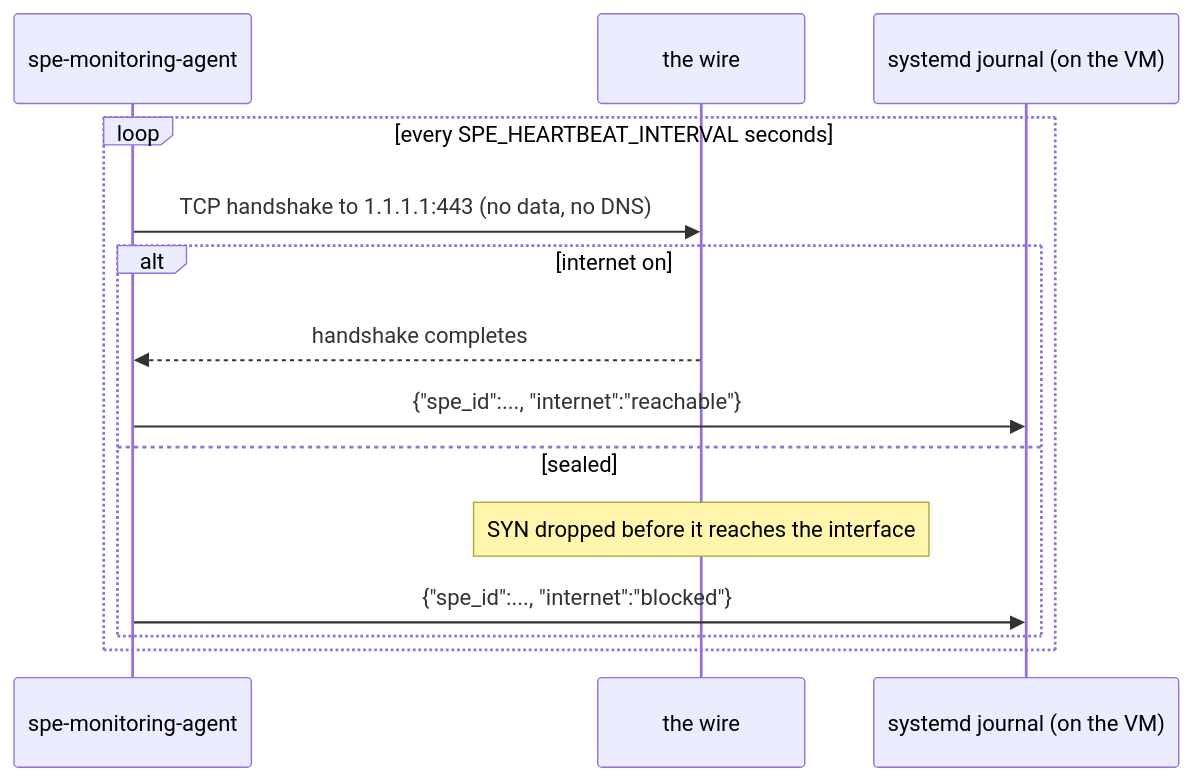
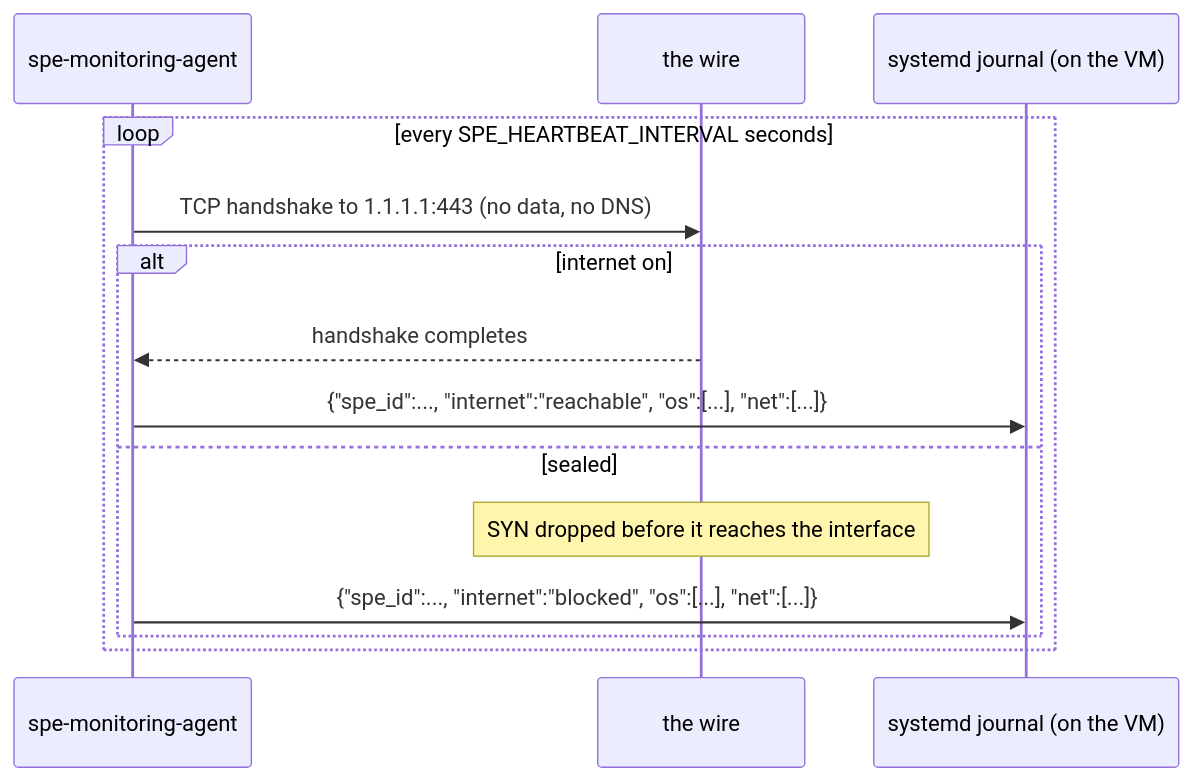
Before and after one commit to JorgeIvanJH/Infrastructure-as-Code: the third of 5 diagrams in 06-spe-multicloud-gcp-aws/HOW-THE-SPE-WORKS.md, drawn with Mermaid. The commit also changed other lines of this file and 14 other files, not shown here.

```diff
--- a/06-spe-multicloud-gcp-aws/HOW-THE-SPE-WORKS.md
+++ b/06-spe-multicloud-gcp-aws/HOW-THE-SPE-WORKS.md
@@ -77,16 +77,16 @@
 ~~~mermaid
 sequenceDiagram
     participant A as spe-monitoring-agent
     participant W as the wire
     participant J as systemd journal (on the VM)
     loop every SPE_HEARTBEAT_INTERVAL seconds
         A->>W: TCP handshake to 1.1.1.1:443 (no data, no DNS)
         alt internet on
             W-->>A: handshake completes
-            A->>J: {"spe_id":..., "internet":"reachable"}
+            A->>J: {"spe_id":..., "internet":"reachable", "os":[...], "net":[...]}
         else sealed
             Note over W: SYN dropped before it reaches the interface
-            A->>J: {"spe_id":..., "internet":"blocked"}
+            A->>J: {"spe_id":..., "internet":"blocked", "os":[...], "net":[...]}
         end
     end
 ~~~
```
